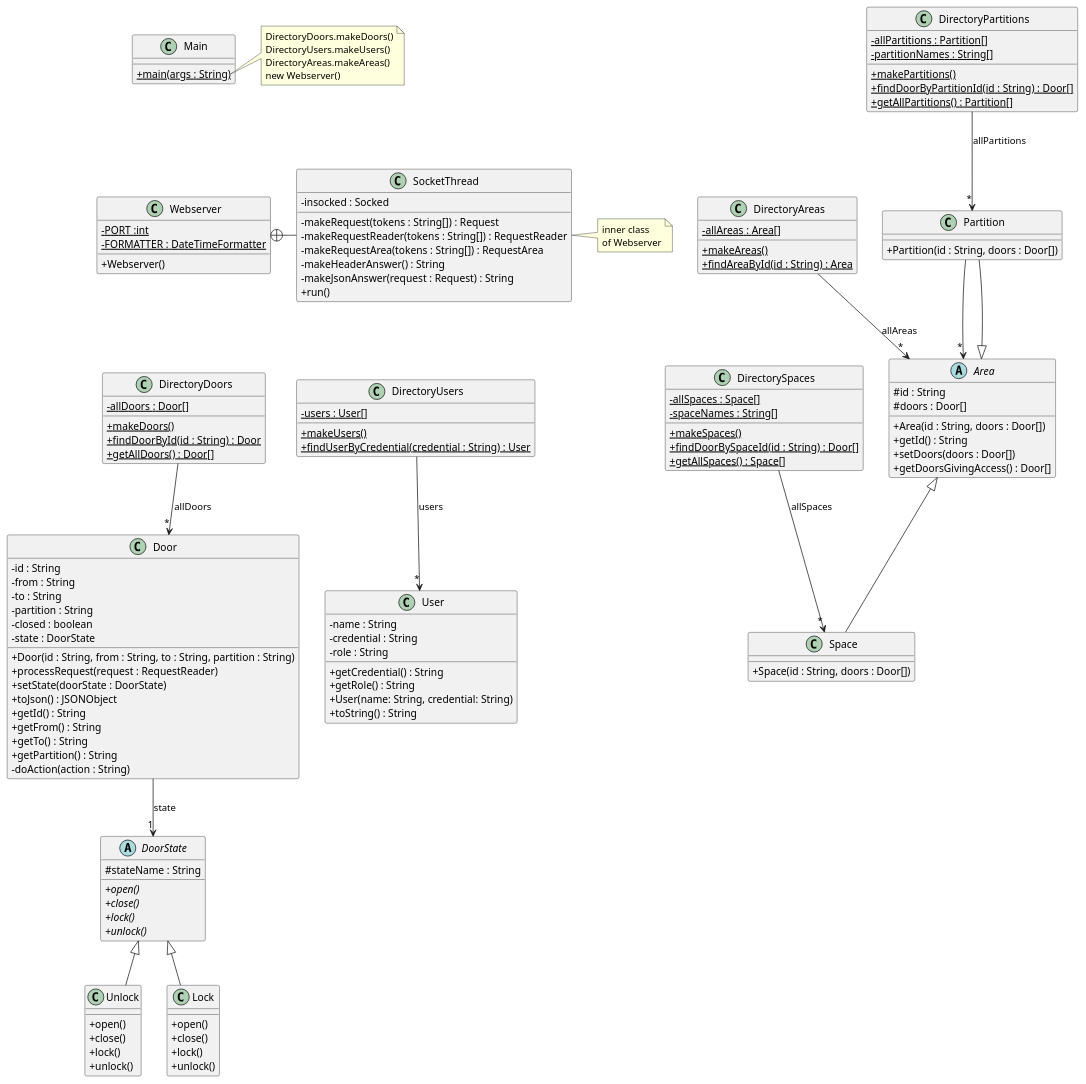
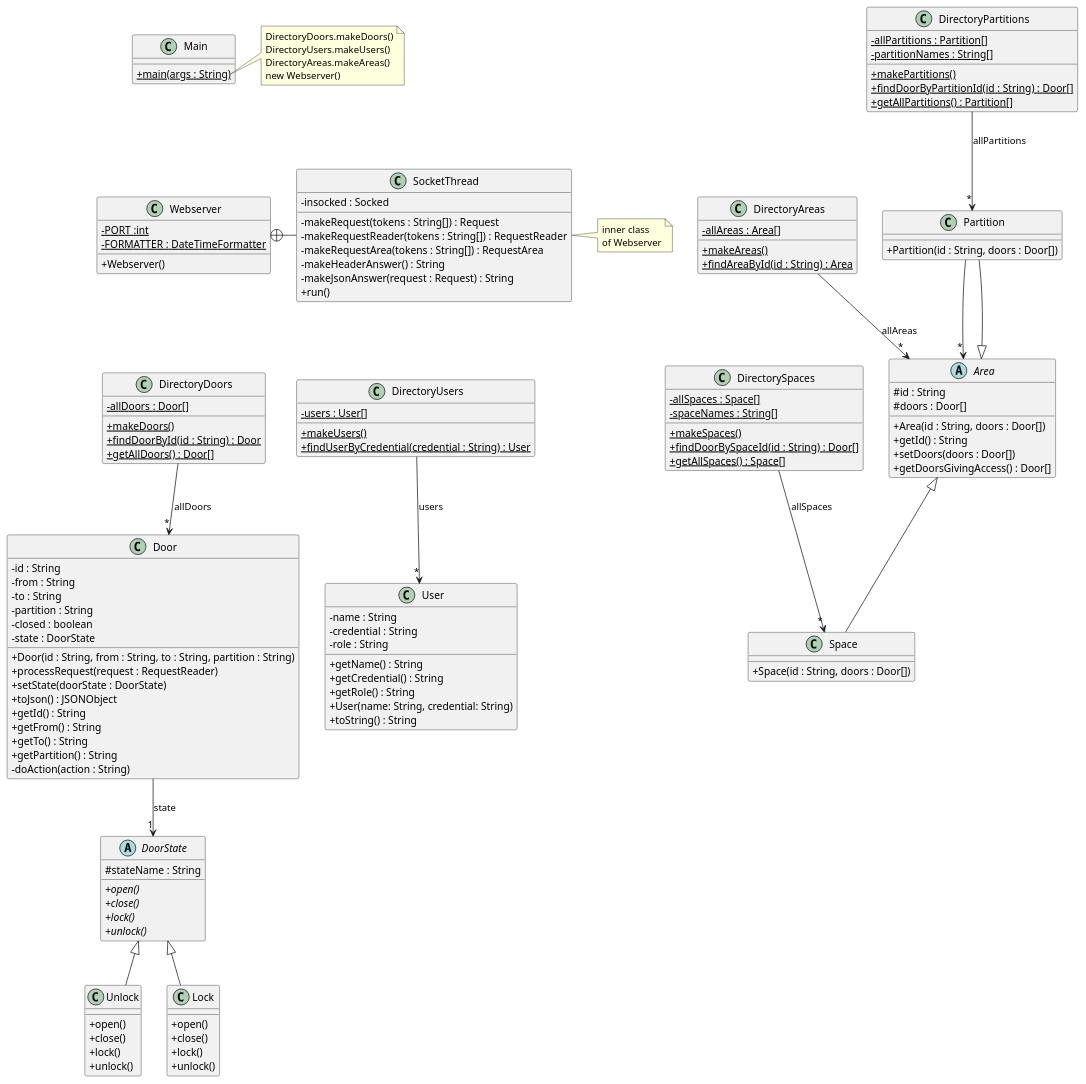
One commit to davidal15/Projecte-DS changed the diagram in src/baseNoStates/uml/base_no_states.puml. Above: the diagram before and after it, drawn with PlantUML. The commit also changed 7 other files, not shown here.

```diff
--- a/src/baseNoStates/uml/base_no_states.puml
+++ b/src/baseNoStates/uml/base_no_states.puml
@@ -1,164 +1,166 @@
 @startuml
 'https://plantuml.com/class-diagram
 skinparam classAttributeIconSize 0
 
 class Webserver {
 - {static} PORT :int
 - {static} FORMATTER : DateTimeFormatter
 + Webserver()
 }
 
 class SocketThread {
 - insocked : Socked
 - makeRequest(tokens : String[]) : Request
 - makeRequestReader(tokens : String[]) : RequestReader
 - makeRequestArea(tokens : String[]) : RequestArea
 - makeHeaderAnswer() : String
 - makeJsonAnswer(request : Request) : String
 + run()
 }
 
 Webserver +-right- SocketThread
 
 note right of SocketThread
 inner class
 of Webserver
 end note
 
 class DirectoryDoors {
 - {static} allDoors : Door[]
 + {static} makeDoors()
 + {static} findDoorById(id : String) : Door
 + {static} getAllDoors() : Door[]
 }
 
 DirectoryDoors --> "*" Door : "allDoors"
 Partition --> "*" Area
 
 class DirectoryUsers {
 - {static} users : User[]
 + {static} makeUsers()
 + {static} findUserByCredential(credential : String) : User
 }
 
 DirectoryUsers --> "*" User : "users"
 
 class DirectorySpaces {
 -{static} allSpaces : Space[]
 -{static} spaceNames : String[]
 +{static} makeSpaces()
 +{static} findDoorBySpaceId(id : String) : Door[]
 +{static} getAllSpaces() : Space[]
 }
 
 DirectorySpaces --> "*" Space : "allSpaces"
 
 class DirectoryPartitions {
 -{static} allPartitions : Partition[]
 -{static} partitionNames : String[]
 +{static} makePartitions()
 +{static} findDoorByPartitionId(id : String) : Door[]
 +{static} getAllPartitions() : Partition[]
 }
 
 DirectoryPartitions --> "*" Partition : "allPartitions"
 
 class DirectoryAreas {
 - {static} allAreas : Area[]
 + {static} makeAreas()
 + {static} findAreaById(id : String) : Area
 
 
 }
 
 DirectoryAreas --> "*" Area : "allAreas"
 
 
 class Door {
 - id : String
 - from : String
 - to : String
 - partition : String
 - closed : boolean
 - state : DoorState
 + Door(id : String, from : String, to : String, partition : String)
 + processRequest(request : RequestReader)
 + setState(doorState : DoorState)
 + toJson() : JSONObject
 + getId() : String
 + getFrom() : String
 + getTo() : String
 + getPartition() : String
 '+ toString() : String
 '+ isClosed() :boolean
 '+ setClosed(b : boolean)
 '+ getStateName() : String
 - doAction(action : String)
 }
 
 abstract class DoorState {
 # stateName : String
 + {abstract} open()
 + {abstract} close()
 + {abstract} lock()
 + {abstract} unlock()
 }
 
 Door --> "1" DoorState : state
 
 class Unlock extends DoorState {
 + open()
 + close()
 + lock()
 + unlock()
 }
 
 class Lock extends DoorState {
 + open()
 + close()
 + lock()
 + unlock()
 }
+
 class User {
 - name : String
 - credential : String
 - role : String
++ getName() : String
 + getCredential() : String
 + getRole() : String
 + User(name: String, credential: String)
 + toString() : String
 }
 
 class Space extends Area{
 + Space(id : String, doors : Door[])
 }
 
 class Partition extends Area{
 + Partition(id : String, doors : Door[])
 }
 
 abstract class Area {
 # id : String
 # doors : Door[]
 + Area(id : String, doors : Door[])
 + getId() : String
 + setDoors(doors : Door[])
 + getDoorsGivingAccess() : Door[]
 }
 
 
 class Main {
 + {static} main(args : String)
 }
 
 note right of Main::main
 DirectoryDoors.makeDoors()
 DirectoryUsers.makeUsers()
 DirectoryAreas.makeAreas()
 new Webserver()
 end note
 
 Main -[hidden]down- Webserver
 Webserver -[hidden]down- DirectoryDoors
 DirectoryDoors -[hidden]right- DirectoryUsers
 @enduml
```
